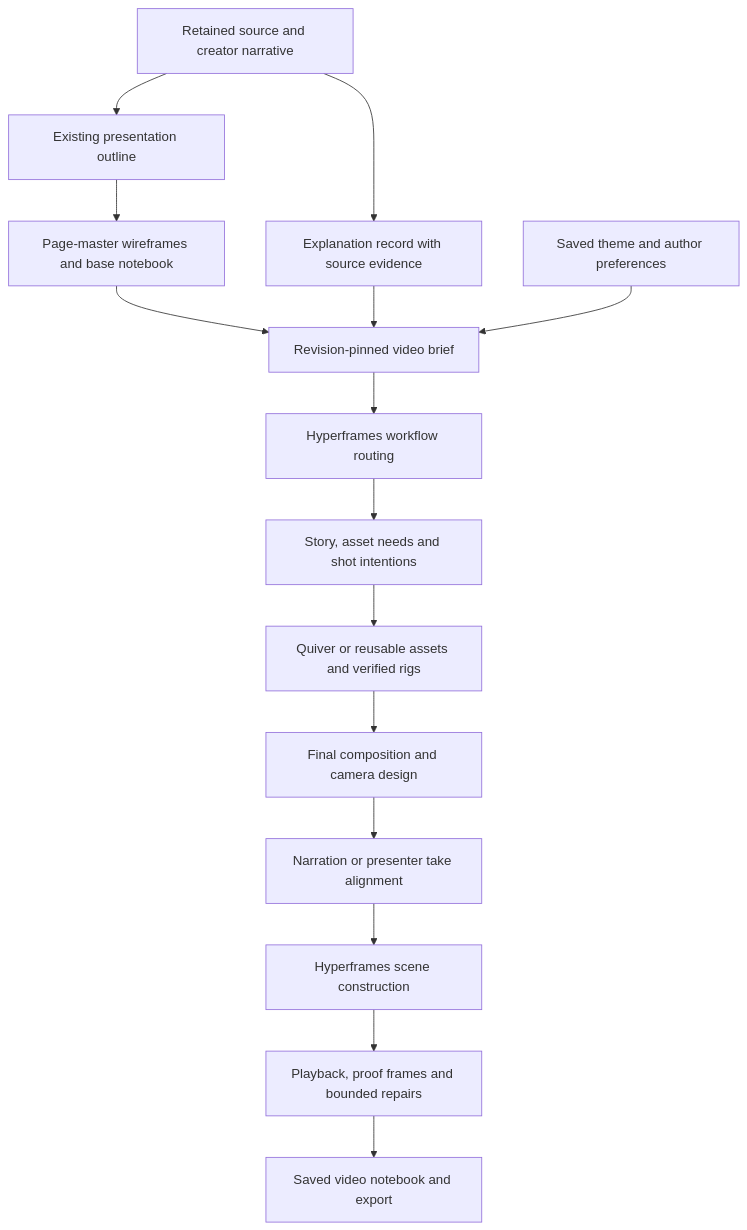
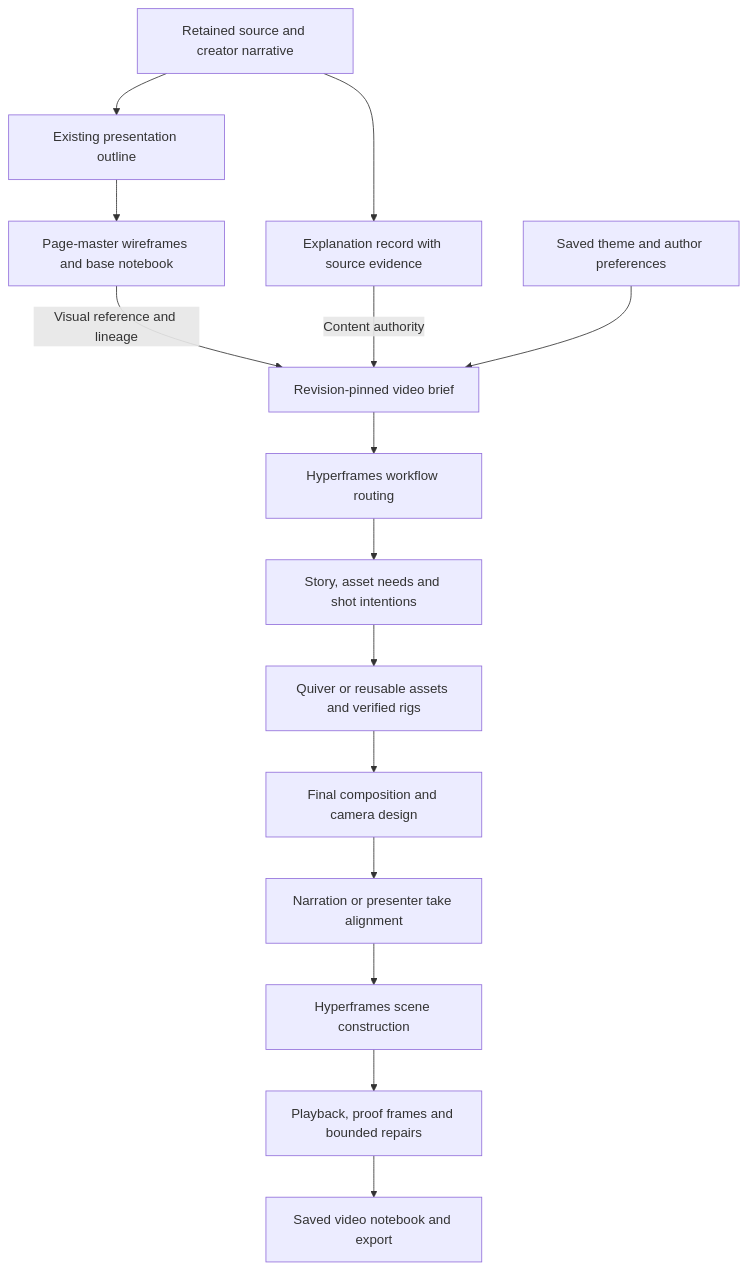
Before and after one commit to IncredibleDevHQ/dev-video-creator: the diagram in docs/plans/hyperframes-explainer-pipeline.md, drawn with Mermaid. The commit also changed other lines of this file, not shown here.

Commit message:
docs: exclude presentation categories from video planning

````diff
--- a/docs/plans/hyperframes-explainer-pipeline.md
+++ b/docs/plans/hyperframes-explainer-pipeline.md
@@ -21,17 +34,17 @@
 ```mermaid
 flowchart TD
     S[Retained source and creator narrative] --> P[Existing presentation outline]
     P --> W[Page-master wireframes and base notebook]
     S --> E[Explanation record with source evidence]
-    W --> B[Revision-pinned video brief]
-    E --> B
+    W -->|Visual reference and lineage| B[Revision-pinned video brief]
+    E -->|Content authority| B
     T[Saved theme and author preferences] --> B
     B --> R[Hyperframes workflow routing]
     R --> D[Story, asset needs and shot intentions]
     D --> A[Quiver or reusable assets and verified rigs]
     A --> C[Final composition and camera design]
     C --> N[Narration or presenter take alignment]
     N --> H[Hyperframes scene construction]
     H --> V[Playback, proof frames and bounded repairs]
     V --> O[Saved video notebook and export]
 ```
````
